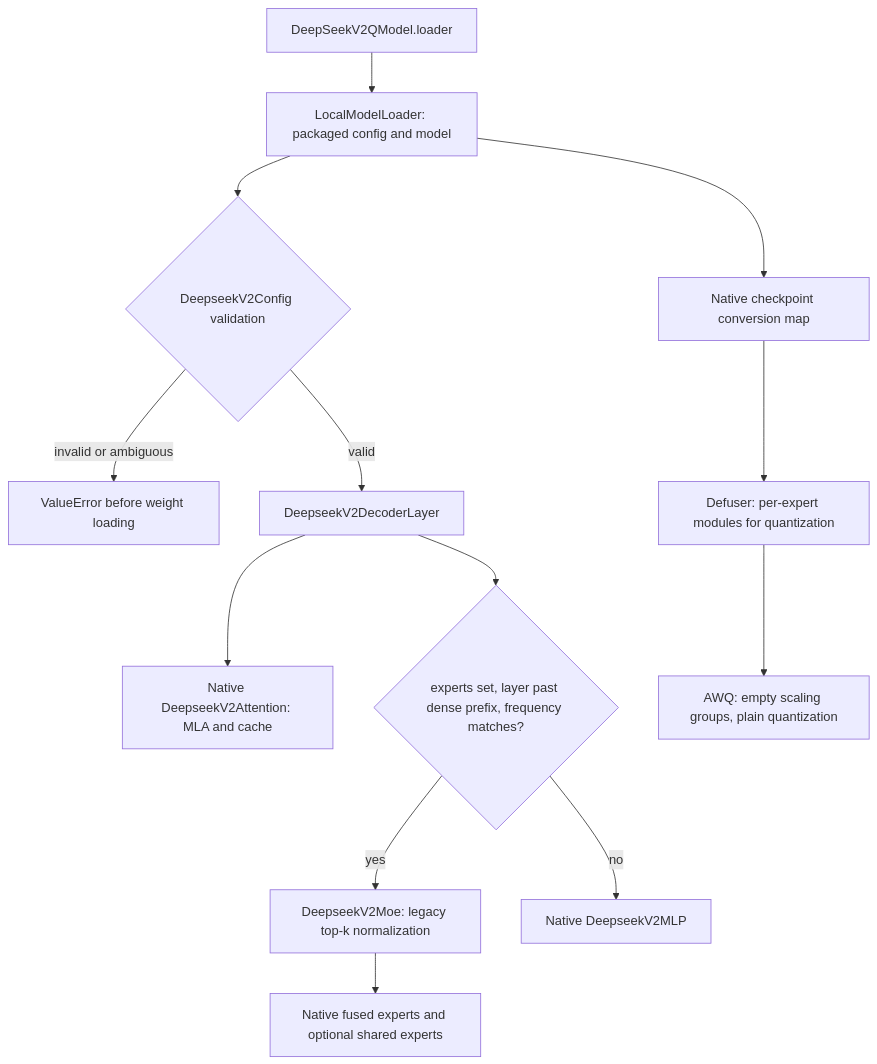
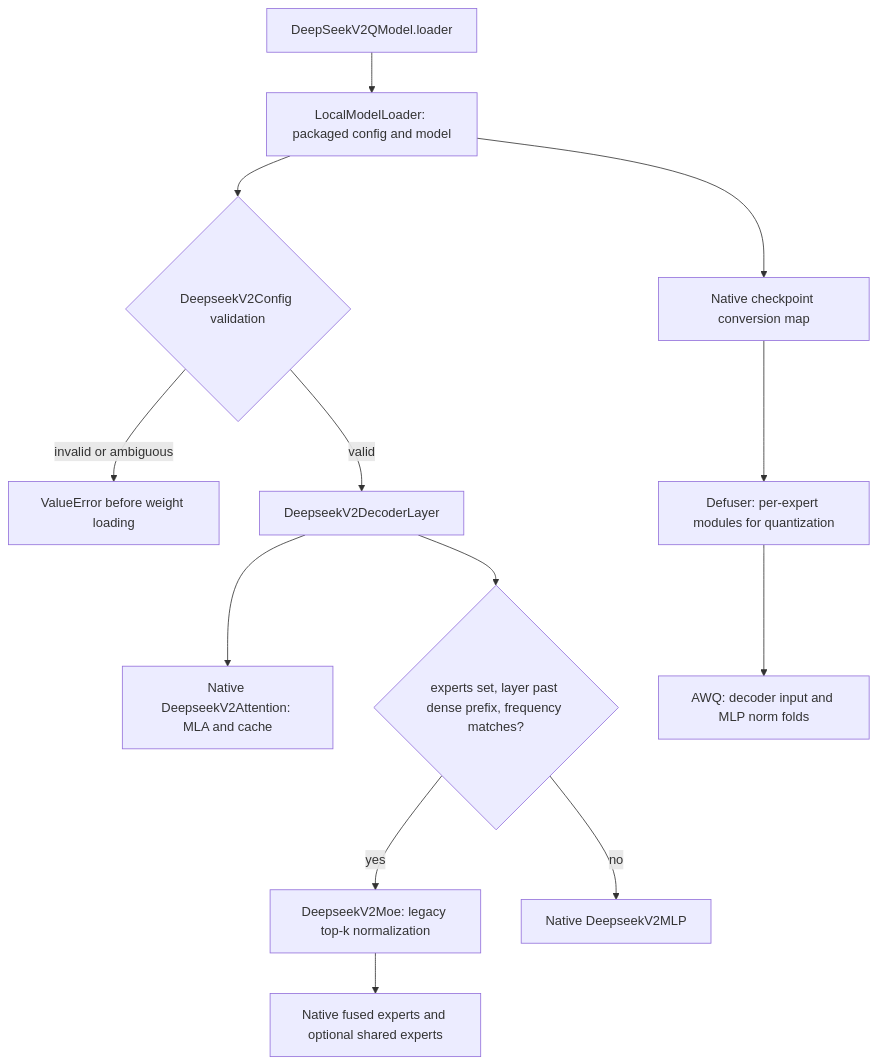
One commit to ModelCloud/GPTQModel changed the first of 2 diagrams in gptqmodel/models/ports/deepseek_v2/README.md. Above: the diagram before and after it, drawn with Mermaid. The commit also changed other lines of this file and 53 other files, not shown here.

````diff
--- a/gptqmodel/models/ports/deepseek_v2/README.md
+++ b/gptqmodel/models/ports/deepseek_v2/README.md
@@ -62,15 +63,15 @@
 ```mermaid
 flowchart TD
     A[DeepSeekV2QModel.loader] --> B[LocalModelLoader: packaged config and model]
     B --> C{DeepseekV2Config validation}
     C -->|invalid or ambiguous| D[ValueError before weight loading]
     C -->|valid| E[DeepseekV2DecoderLayer]
     E --> F[Native DeepseekV2Attention: MLA and cache]
     E --> G{experts set, layer past dense prefix, frequency matches?}
     G -->|yes| H[DeepseekV2Moe: legacy top-k normalization]
     G -->|no| I[Native DeepseekV2MLP]
     H --> J[Native fused experts and optional shared experts]
     B --> K[Native checkpoint conversion map]
     K --> L[Defuser: per-expert modules for quantization]
-    L --> M[AWQ: empty scaling groups, plain quantization]
+    L --> M["AWQ: decoder input and MLP norm folds"]
 ```
````
